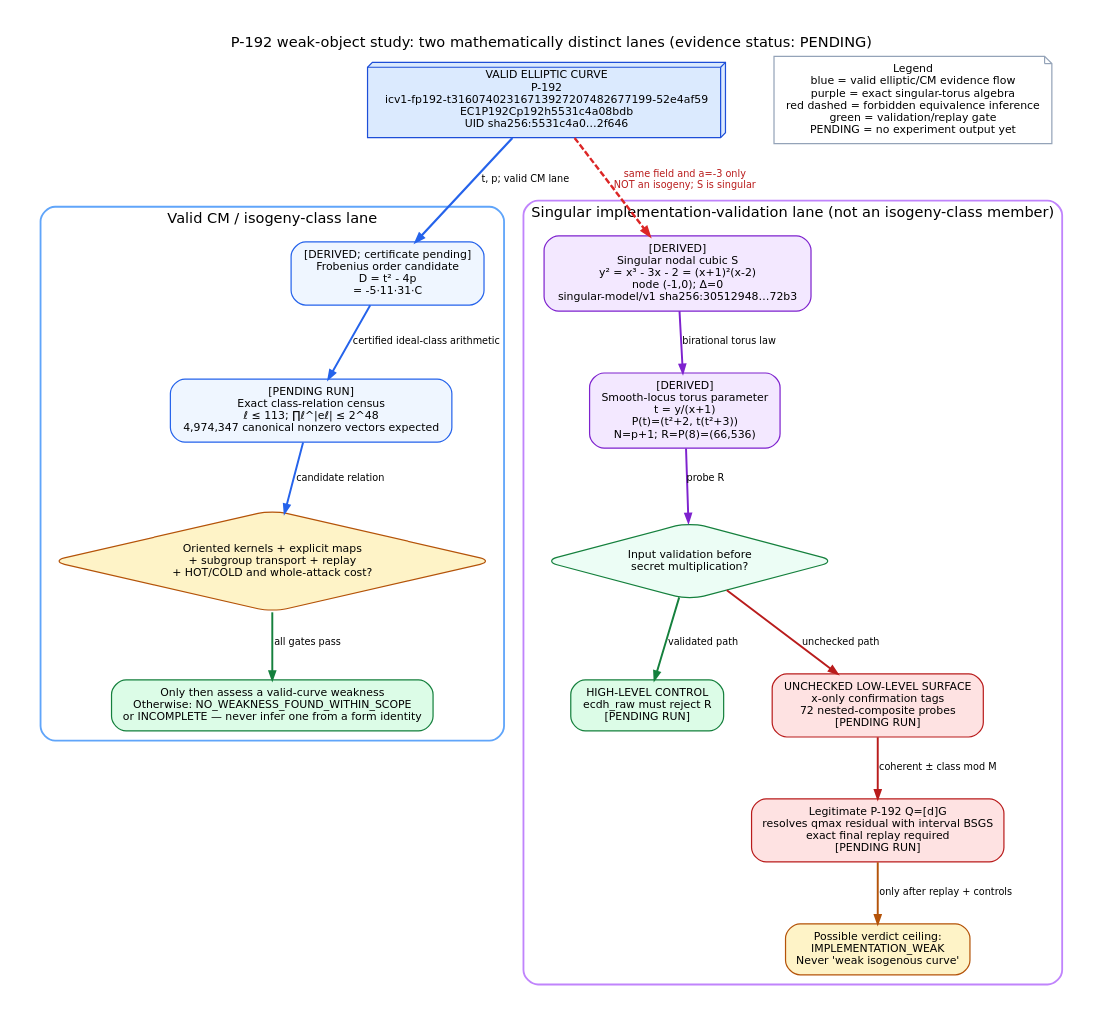
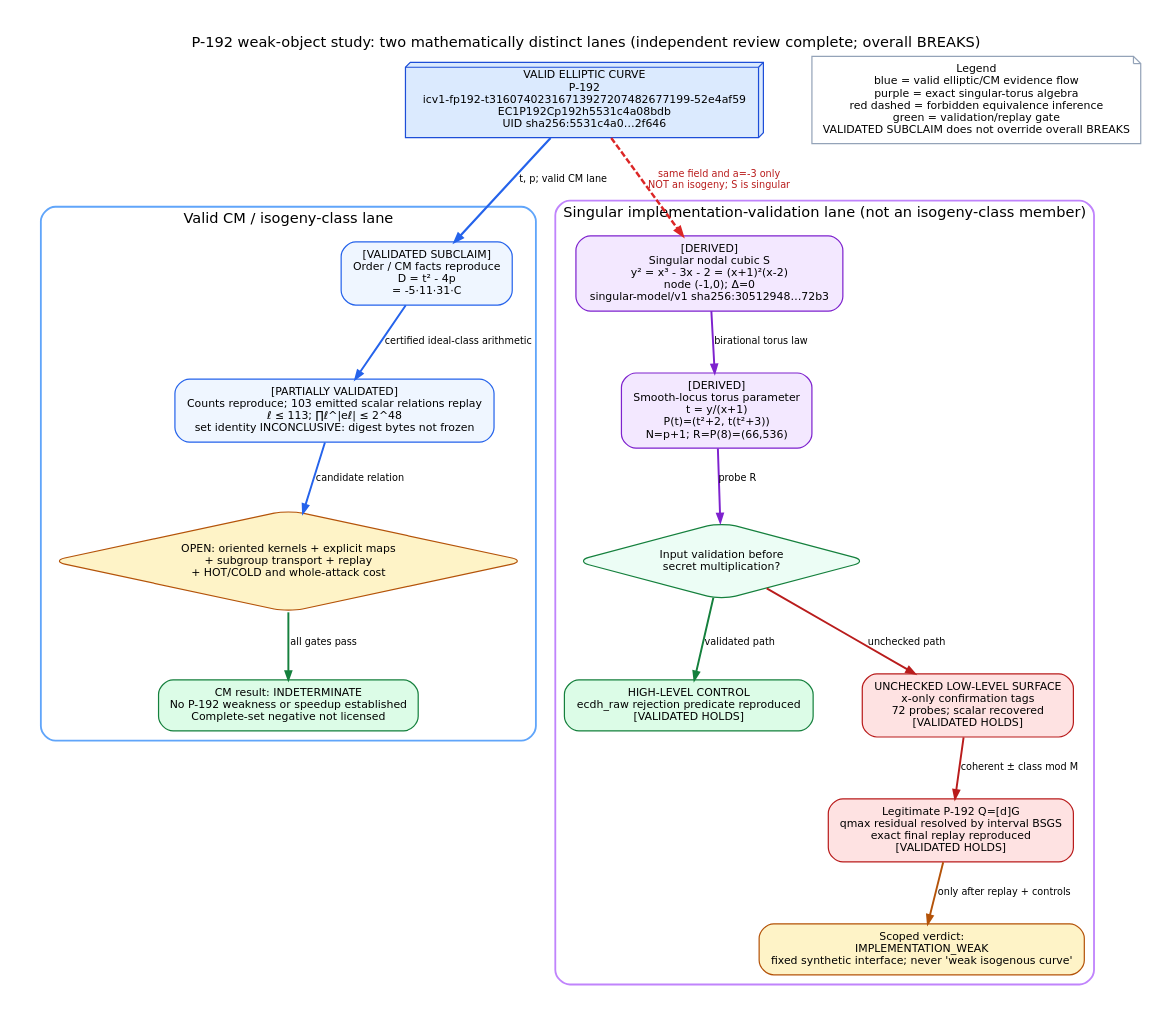
The diagram in research/p192-weak-curve-20261006/object-attack-map.dot (aburan28/crypto), drawn with Graphviz before and after one commit. The commit also changed 5 other files, not shown here.

Commit message:
research: report validated P-192 weak-object results

```diff
--- a/research/p192-weak-curve-20261006/object-attack-map.dot
+++ b/research/p192-weak-curve-20261006/object-attack-map.dot
@@ -1,131 +1,131 @@
 digraph p192_weak_curve_study {
   graph [
     rankdir=TB,
     bgcolor="white",
     pad="0.25",
     nodesep="0.55",
     ranksep="0.58",
     splines=polyline,
     fontname="DejaVu Sans",
     fontsize=12,
     labelloc="t",
-    label="P-192 weak-object study: two mathematically distinct lanes (evidence status: PENDING)"
+    label="P-192 weak-object study: two mathematically distinct lanes (independent review complete; overall BREAKS)"
   ];
   node [
     shape=box,
     style="rounded,filled",
     fillcolor="#f8fafc",
     color="#475569",
     fontname="DejaVu Sans",
     fontsize=9,
     margin="0.12,0.08"
   ];
   edge [fontname="DejaVu Sans", fontsize=8, color="#475569", arrowsize=0.7];
 
   p192 [
     shape=box3d,
     fillcolor="#dbeafe",
     color="#1d4ed8",
     label="VALID ELLIPTIC CURVE\nP-192\nicv1-fp192-t31607402316713927207482677199-52e4af59\nEC1P192Cp192h5531c4a08bdb\nUID sha256:5531c4a0…2f646"
   ];
 
   subgraph cluster_valid {
     label="Valid CM / isogeny-class lane";
     color="#60a5fa";
     penwidth=1.5;
     style="rounded";
 
     frobenius [
       fillcolor="#eff6ff",
       color="#2563eb",
-      label="[DERIVED; certificate pending]\nFrobenius order candidate\nD = t² - 4p\n= -5·11·31·C"
+      label="[VALIDATED SUBCLAIM]\nOrder / CM facts reproduce\nD = t² - 4p\n= -5·11·31·C"
     ];
     census [
       fillcolor="#eff6ff",
       color="#2563eb",
-      label="[PENDING RUN]\nExact class-relation census\nℓ ≤ 113; ∏ℓ^|eℓ| ≤ 2^48\n4,974,347 canonical nonzero vectors expected"
+      label="[PARTIALLY VALIDATED]\nCounts reproduce; 103 emitted scalar relations replay\nℓ ≤ 113; ∏ℓ^|eℓ| ≤ 2^48\nset identity INCONCLUSIVE: digest bytes not frozen"
     ];
     map_gate [
       shape=diamond,
       fillcolor="#fef3c7",
       color="#b45309",
-      label="Oriented kernels + explicit maps\n+ subgroup transport + replay\n+ HOT/COLD and whole-attack cost?"
+      label="OPEN: oriented kernels + explicit maps\n+ subgroup transport + replay\n+ HOT/COLD and whole-attack cost"
     ];
     valid_verdict [
       fillcolor="#dcfce7",
       color="#15803d",
-      label="Only then assess a valid-curve weakness\nOtherwise: NO_WEAKNESS_FOUND_WITHIN_SCOPE\nor INCOMPLETE — never infer one from a form identity"
+      label="CM result: INDETERMINATE\nNo P-192 weakness or speedup established\nComplete-set negative not licensed"
     ];
 
     frobenius -> census [color="#2563eb", penwidth=1.6, label="certified ideal-class arithmetic"];
     census -> map_gate [color="#2563eb", penwidth=1.6, label="candidate relation"];
     map_gate -> valid_verdict [color="#15803d", penwidth=1.6, label="all gates pass"];
   }
 
   subgraph cluster_singular {
     label="Singular implementation-validation lane (not an isogeny-class member)";
     color="#c084fc";
     penwidth=1.5;
     style="rounded";
 
     singular [
       fillcolor="#f3e8ff",
       color="#7e22ce",
       label="[DERIVED]\nSingular nodal cubic S\ny² = x³ - 3x - 2 = (x+1)²(x-2)\nnode (-1,0); Δ=0\nsingular-model/v1 sha256:30512948…72b3"
     ];
     parameter [
       fillcolor="#f3e8ff",
       color="#7e22ce",
       label="[DERIVED]\nSmooth-locus torus parameter\nt = y/(x+1)\nP(t)=(t²+2, t(t²+3))\nN=p+1; R=P(8)=(66,536)"
     ];
     api_gate [
       shape=diamond,
       fillcolor="#ecfdf5",
       color="#15803d",
       label="Input validation before\nsecret multiplication?"
     ];
     reject [
       fillcolor="#dcfce7",
       color="#15803d",
-      label="HIGH-LEVEL CONTROL\necdh_raw must reject R\n[PENDING RUN]"
+      label="HIGH-LEVEL CONTROL\necdh_raw rejection predicate reproduced\n[VALIDATED HOLDS]"
     ];
     oracle [
       fillcolor="#fee2e2",
       color="#b91c1c",
-      label="UNCHECKED LOW-LEVEL SURFACE\nx-only confirmation tags\n72 nested-composite probes\n[PENDING RUN]"
+      label="UNCHECKED LOW-LEVEL SURFACE\nx-only confirmation tags\n72 probes; scalar recovered\n[VALIDATED HOLDS]"
     ];
     residual [
       fillcolor="#fee2e2",
       color="#b91c1c",
-      label="Legitimate P-192 Q=[d]G\nresolves qmax residual with interval BSGS\nexact final replay required\n[PENDING RUN]"
+      label="Legitimate P-192 Q=[d]G\nqmax residual resolved by interval BSGS\nexact final replay reproduced\n[VALIDATED HOLDS]"
     ];
     impl_verdict [
       fillcolor="#fef3c7",
       color="#b45309",
-      label="Possible verdict ceiling:\nIMPLEMENTATION_WEAK\nNever 'weak isogenous curve'"
+      label="Scoped verdict:\nIMPLEMENTATION_WEAK\nfixed synthetic interface; never 'weak isogenous curve'"
     ];
 
     singular -> parameter [color="#7e22ce", penwidth=1.6, label="birational torus law"];
     parameter -> api_gate [color="#7e22ce", penwidth=1.6, label="probe R"];
     api_gate -> reject [color="#15803d", penwidth=1.6, label="validated path"];
     api_gate -> oracle [color="#b91c1c", penwidth=1.6, label="unchecked path"];
     oracle -> residual [color="#b91c1c", penwidth=1.6, label="coherent ± class mod M"];
     residual -> impl_verdict [color="#b45309", penwidth=1.6, label="only after replay + controls"];
   }
 
   p192 -> frobenius [color="#2563eb", penwidth=1.8, label="t, p; valid CM lane"];
   p192 -> singular [
     color="#dc2626",
     fontcolor="#b91c1c",
     style=dashed,
     penwidth=2.0,
     label="same field and a=-3 only\nNOT an isogeny; S is singular"
   ];
 
   legend [
     shape=note,
     fillcolor="#ffffff",
     color="#94a3b8",
-    label="Legend\nblue = valid elliptic/CM evidence flow\npurple = exact singular-torus algebra\nred dashed = forbidden equivalence inference\ngreen = validation/replay gate\nPENDING = no experiment output yet"
+    label="Legend\nblue = valid elliptic/CM evidence flow\npurple = exact singular-torus algebra\nred dashed = forbidden equivalence inference\ngreen = validation/replay gate\nVALIDATED SUBCLAIM does not override overall BREAKS"
   ];
 }
```
